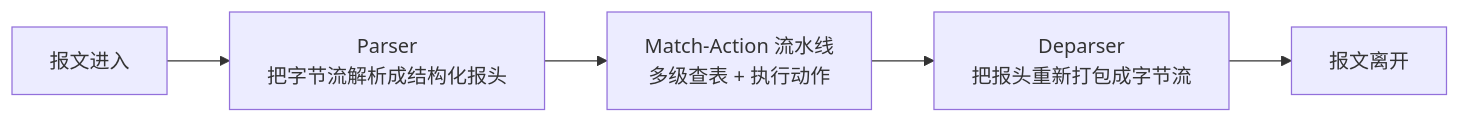
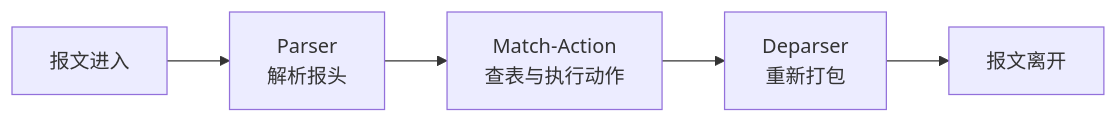
Before and after one commit to Sukkk-zcy/Sukkk-zcy.github.io: the second of 4 diagrams in src/content/blog/P4/p4-01-quickstart-overview.mdx, drawn with Mermaid. The commit also changed other lines of this file and 2 other files, not shown here.

````diff
--- a/src/content/blog/P4/p4-01-quickstart-overview.mdx
+++ b/src/content/blog/P4/p4-01-quickstart-overview.mdx
@@ -64,7 +48,7 @@
 ```mermaid
 flowchart LR
-    A["报文进入"] --> P["Parser<br/>把字节流解析成结构化报头"]
-    P --> M["Match-Action 流水线<br/>多级查表 + 执行动作"]
-    M --> D["Deparser<br/>把报头重新打包成字节流"]
+    A["报文进入"] --> P["Parser<br/>解析报头"]
+    P --> M["Match-Action<br/>查表与执行动作"]
+    M --> D["Deparser<br/>重新打包"]
     D --> B["报文离开"]
 ```
````
